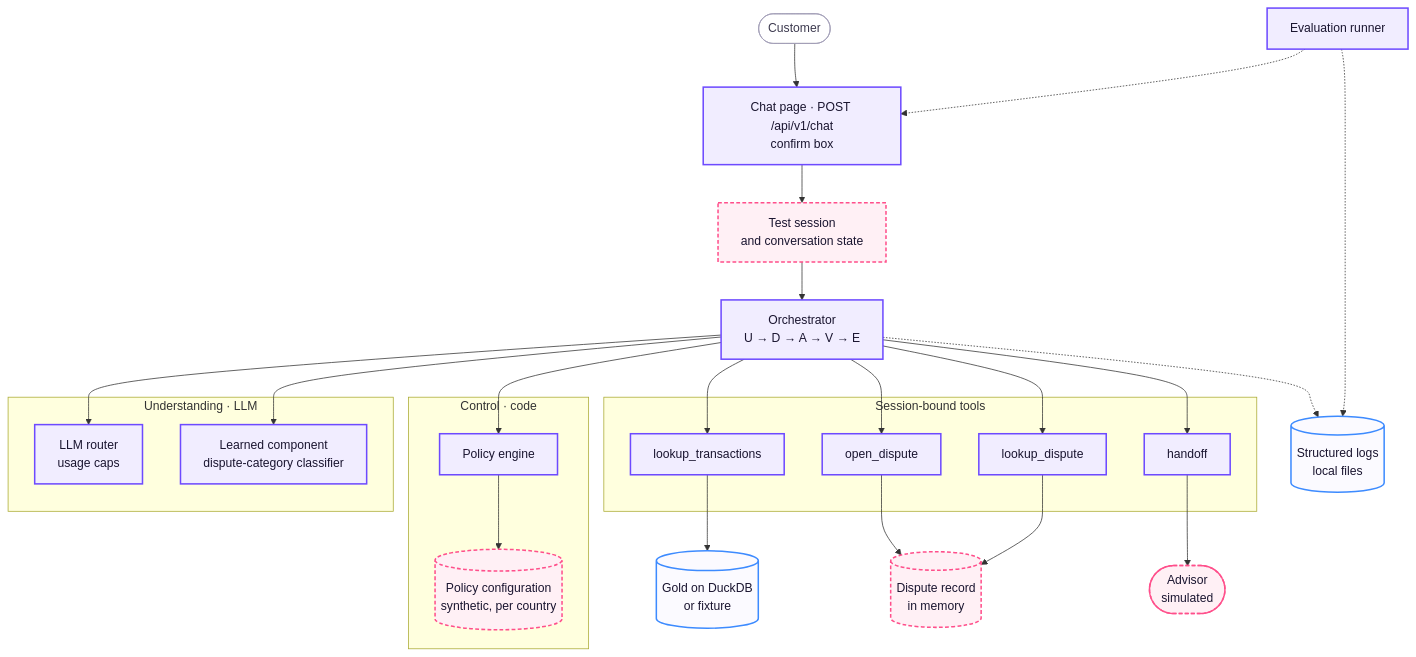
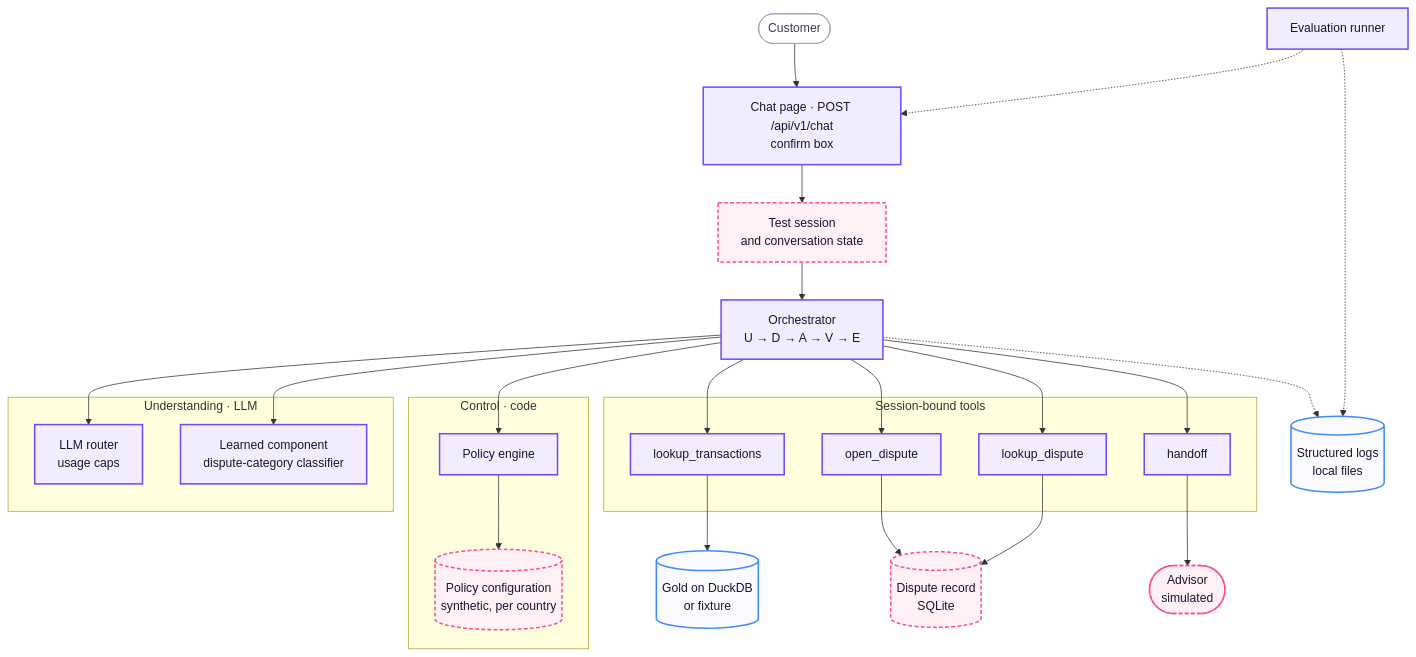
The second of 2 diagrams in docs/architecture/demo-architecture.md (rdorta27/factored-hackathon-2026-sentinel-engine), drawn with Mermaid before and after one commit. The commit also changed other lines of this file and 10 other files, not shown here.

First line of the commit message:
docs: record persistent state and the disputes api

````diff
--- a/docs/architecture/demo-architecture.md
+++ b/docs/architecture/demo-architecture.md
@@ -48,41 +48,41 @@
 ```mermaid
 flowchart TB
     client(["Customer"]) --> chat["Chat page · POST /api/v1/chat<br/>confirm box"]
     chat --> session["Test session<br/>and conversation state"]
     session --> orch["Orchestrator<br/>U → D → A → V → E"]
 
     subgraph understand["Understanding · LLM"]
         router["LLM router<br/>usage caps"]
         learned["Learned component<br/>dispute-category classifier"]
     end
     subgraph control["Control · code"]
         policy["Policy engine"]
         config[("Policy configuration<br/>synthetic, per country")]
         policy --> config
     end
     subgraph toolset["Session-bound tools"]
         lookup["lookup_transactions"]
         open["open_dispute"]
         verify["lookup_dispute"]
         handoff["handoff"]
     end
 
     orch --> router & learned & policy
     orch --> lookup & open & verify & handoff
     lookup --> gold[("Gold on DuckDB<br/>or fixture")]
-    open --> disputes[("Dispute record<br/>in memory")]
+    open --> disputes[("Dispute record<br/>SQLite")]
     verify --> disputes
     handoff --> advisor(["Advisor<br/>simulated"])
     orch -.-> logs[("Structured logs<br/>local files")]
     evalr["Evaluation runner"] -.-> chat
     evalr -.-> logs
 
     classDef comp fill:#f1edff,stroke:#6d4aff,stroke-width:2px,color:#1a1530
     classDef store fill:#fbfaff,stroke:#3d8bff,stroke-width:2px,color:#1a1530
     classDef mock fill:#fff0f5,stroke:#ff4f8b,stroke-width:2px,stroke-dasharray:5 3,color:#1a1530
     classDef ext fill:#ffffff,stroke:#a09cb5,stroke-width:1px,color:#3d3a4f
     class chat,orch,router,learned,policy,lookup,open,verify,handoff,evalr comp
     class gold,logs store
     class session,config,disputes,advisor mock
     class client ext
 ```
````
